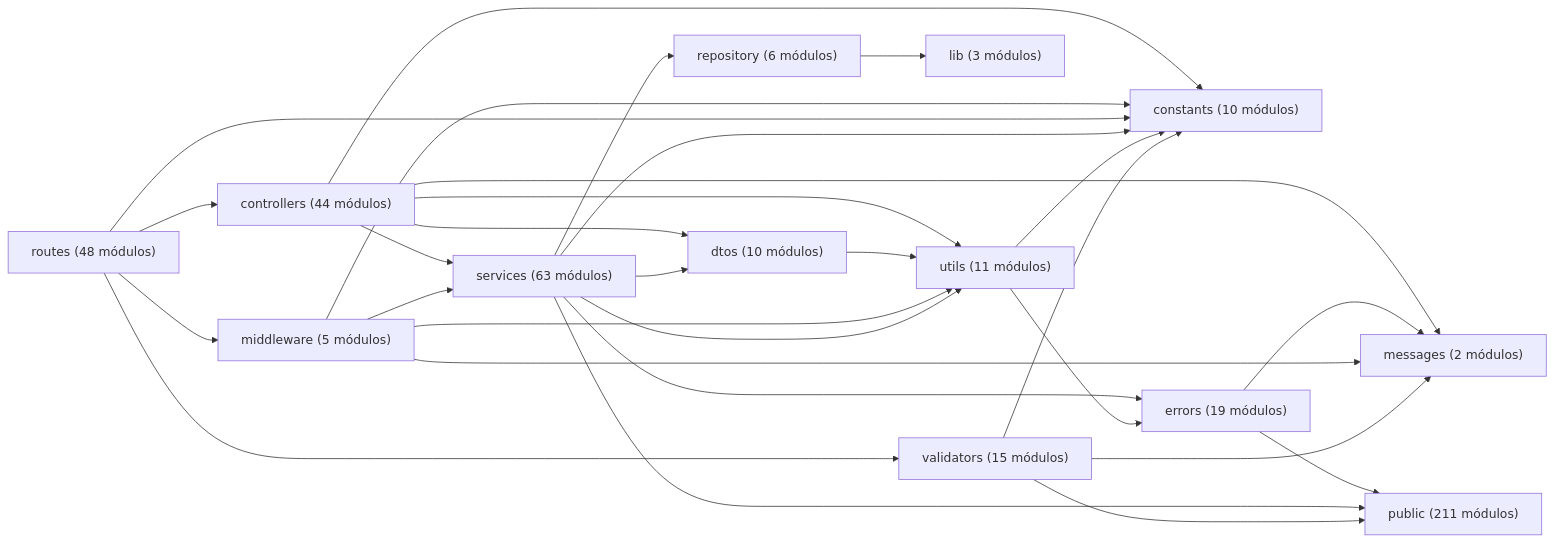
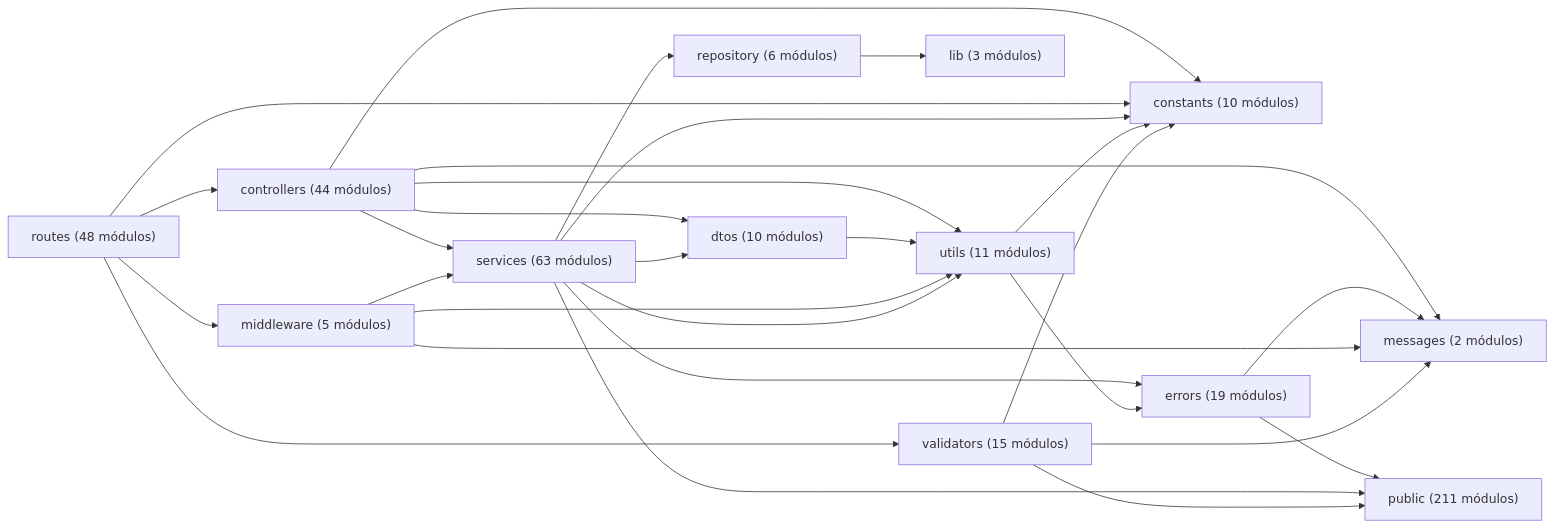
Before and after one commit to gpgsistemas01/nexus: the diagram in docs/architecture/views/development/code-map.md, drawn with Mermaid. The commit also changed 14 other files, not shown here.

````diff
--- a/docs/architecture/views/development/code-map.md
+++ b/docs/architecture/views/development/code-map.md
@@ -14,31 +14,30 @@
 ```mermaid
 flowchart LR
     controllers["controllers (44 módulos)"] --> constants["constants (10 módulos)"]
     controllers["controllers (44 módulos)"] --> dtos["dtos (10 módulos)"]
     controllers["controllers (44 módulos)"] --> messages["messages (2 módulos)"]
     controllers["controllers (44 módulos)"] --> services["services (63 módulos)"]
     controllers["controllers (44 módulos)"] --> utils["utils (11 módulos)"]
     dtos["dtos (10 módulos)"] --> utils["utils (11 módulos)"]
     errors["errors (19 módulos)"] --> messages["messages (2 módulos)"]
     errors["errors (19 módulos)"] --> public["public (211 módulos)"]
-    middleware["middleware (5 módulos)"] --> constants["constants (10 módulos)"]
     middleware["middleware (5 módulos)"] --> messages["messages (2 módulos)"]
     middleware["middleware (5 módulos)"] --> services["services (63 módulos)"]
     middleware["middleware (5 módulos)"] --> utils["utils (11 módulos)"]
     repository["repository (6 módulos)"] --> lib["lib (3 módulos)"]
     routes["routes (48 módulos)"] --> constants["constants (10 módulos)"]
     routes["routes (48 módulos)"] --> controllers["controllers (44 módulos)"]
     routes["routes (48 módulos)"] --> middleware["middleware (5 módulos)"]
     routes["routes (48 módulos)"] --> validators["validators (15 módulos)"]
     services["services (63 módulos)"] --> constants["constants (10 módulos)"]
     services["services (63 módulos)"] --> dtos["dtos (10 módulos)"]
     services["services (63 módulos)"] --> errors["errors (19 módulos)"]
     services["services (63 módulos)"] --> public["public (211 módulos)"]
     services["services (63 módulos)"] --> repository["repository (6 módulos)"]
     services["services (63 módulos)"] --> utils["utils (11 módulos)"]
     utils["utils (11 módulos)"] --> constants["constants (10 módulos)"]
     utils["utils (11 módulos)"] --> errors["errors (19 módulos)"]
     validators["validators (15 módulos)"] --> constants["constants (10 módulos)"]
     validators["validators (15 módulos)"] --> messages["messages (2 módulos)"]
     validators["validators (15 módulos)"] --> public["public (211 módulos)"]
 ```
````
